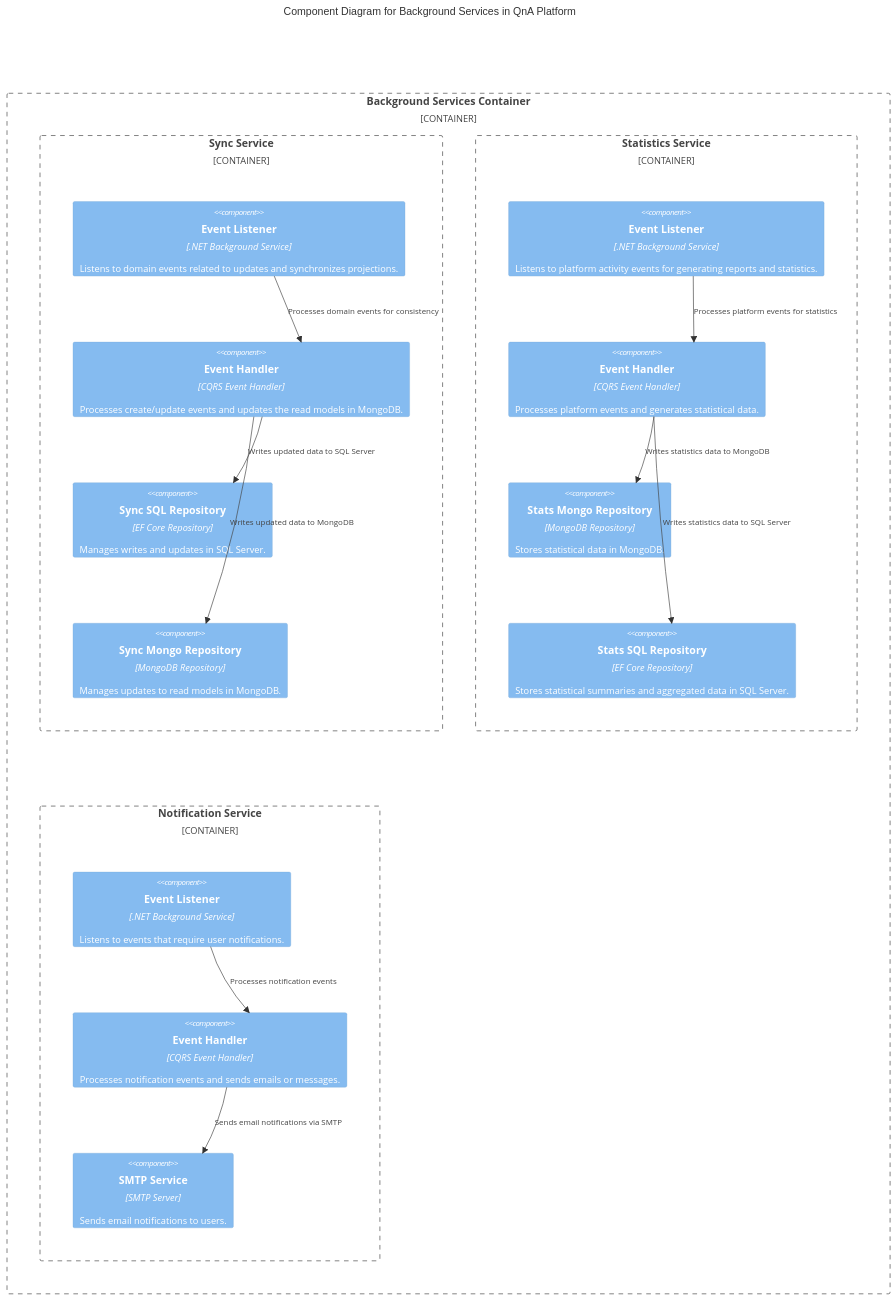
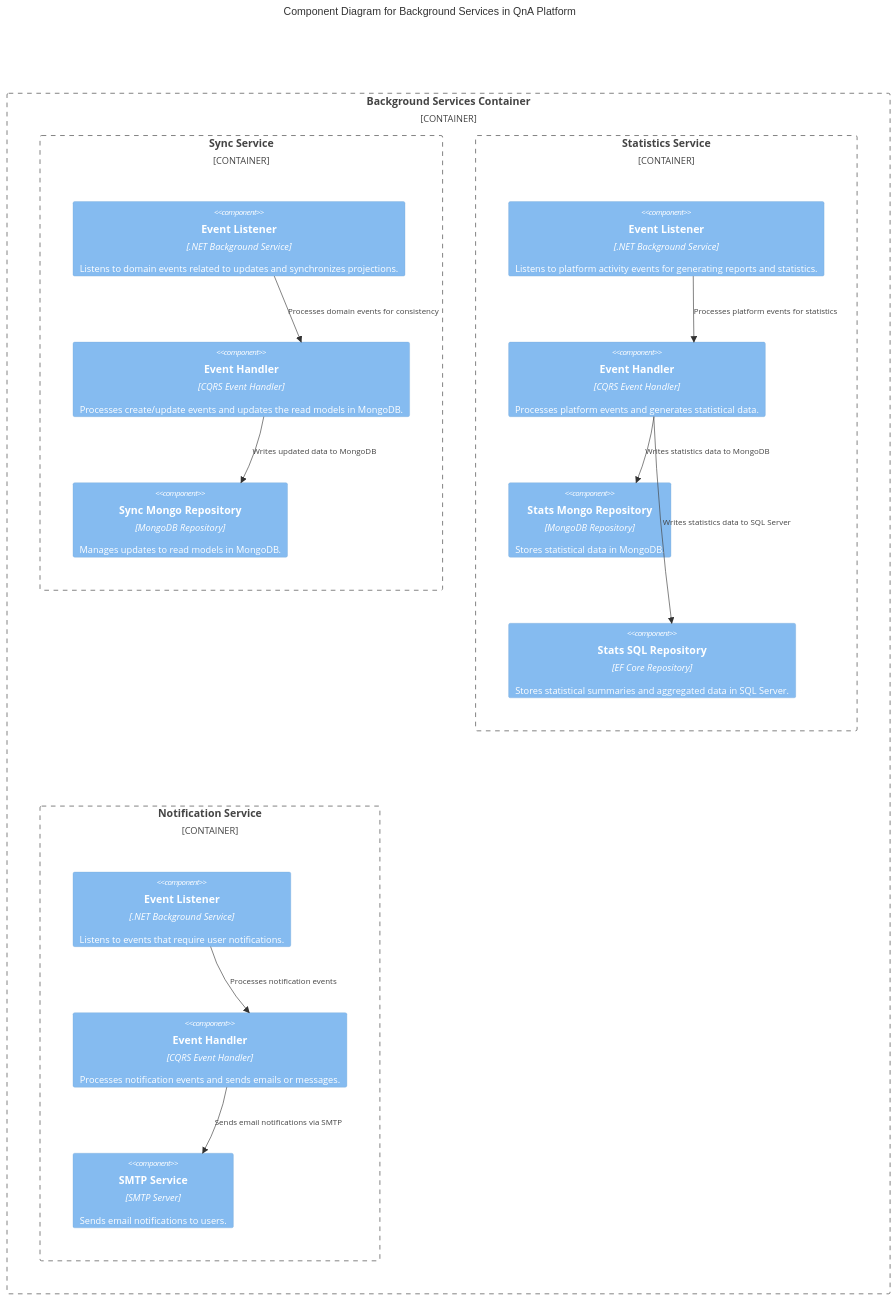
One commit to jgcarmona-com/ddd-cqrs-vsa-example changed the fourth of 5 diagrams in docs/QnA_Architecture_Description.md. Above: the diagram before and after it, drawn with Mermaid.

Commit message:
improved arch

````diff
--- a/docs/QnA_Architecture_Description.md
+++ b/docs/QnA_Architecture_Description.md
@@ -277,44 +277,42 @@
 ```mermaid
 C4Component
 title Component Diagram for Background Services in QnA Platform
 
 %% Define the Background Services Container Boundary
 Container_Boundary(Background_Services, "Background Services Container") {
 
     %% Sync Service
     Container_Boundary(SyncService, "Sync Service") {
         Component(SyncServiceListener, "Event Listener", ".NET Background Service", "Listens to domain events related to updates and synchronizes projections.")
         Component(SyncServiceHandler, "Event Handler", "CQRS Event Handler", "Processes create/update events and updates the read models in MongoDB.")
-        Component(SyncServiceSqlRepository, "Sync SQL Repository", "EF Core Repository", "Manages writes and updates in SQL Server.")
         Component(SyncServiceMongoRepository, "Sync Mongo Repository", "MongoDB Repository", "Manages updates to read models in MongoDB.")
     }
 
     %% Statistics Service
     Container_Boundary(StatisticsService, "Statistics Service") {
         Component(StatsServiceListener, "Event Listener", ".NET Background Service", "Listens to platform activity events for generating reports and statistics.")
         Component(StatsServiceHandler, "Event Handler", "CQRS Event Handler", "Processes platform events and generates statistical data.")
         Component(StatsServiceMongoRepository, "Stats Mongo Repository", "MongoDB Repository", "Stores statistical data in MongoDB.")
         Component(StatsServiceSqlRepository, "Stats SQL Repository", "EF Core Repository", "Stores statistical summaries and aggregated data in SQL Server.")
     }
 
     %% Notification Service
     Container_Boundary(NotificationService, "Notification Service") {
         Component(NotificationServiceListener, "Event Listener", ".NET Background Service", "Listens to events that require user notifications.")
         Component(NotificationServiceHandler, "Event Handler", "CQRS Event Handler", "Processes notification events and sends emails or messages.")
         Component(SMTPService, "SMTP Service", "SMTP Server", "Sends email notifications to users.")
     }
 }
 
 %% Relationships Between Background Services and External Systems
 Rel(SyncServiceListener, SyncServiceHandler, "Processes domain events for consistency")
-Rel(SyncServiceHandler, SyncServiceSqlRepository, "Writes updated data to SQL Server")
 Rel(SyncServiceHandler, SyncServiceMongoRepository, "Writes updated data to MongoDB")
 
 Rel(StatsServiceListener, StatsServiceHandler, "Processes platform events for statistics")
 Rel(StatsServiceHandler, StatsServiceSqlRepository, "Writes statistics data to SQL Server")
 Rel(StatsServiceHandler, StatsServiceMongoRepository, "Writes statistics data to MongoDB")
 
 Rel(NotificationServiceListener, NotificationServiceHandler, "Processes notification events")
 Rel(NotificationServiceHandler, SMTPService, "Sends email notifications via SMTP")
 
 ```
````
